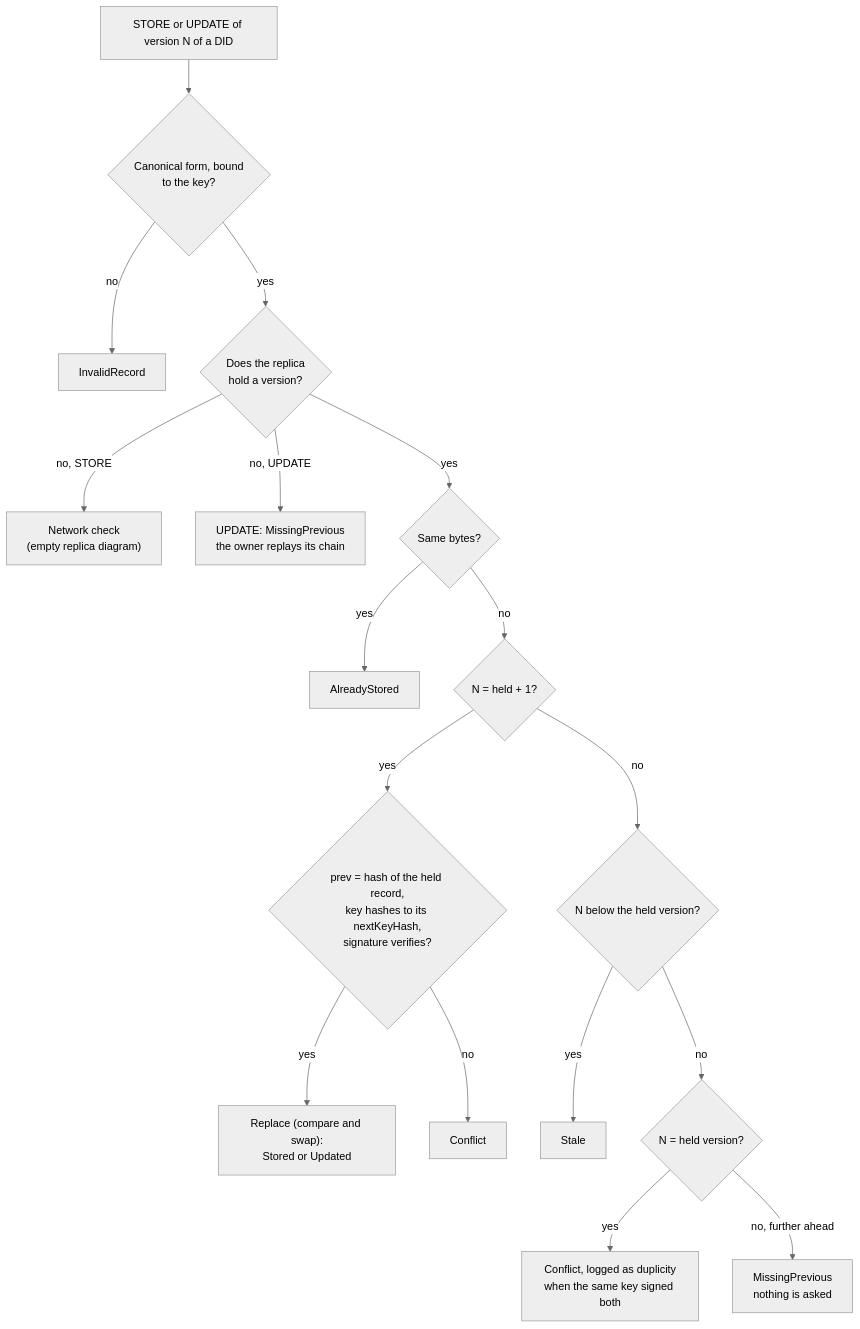
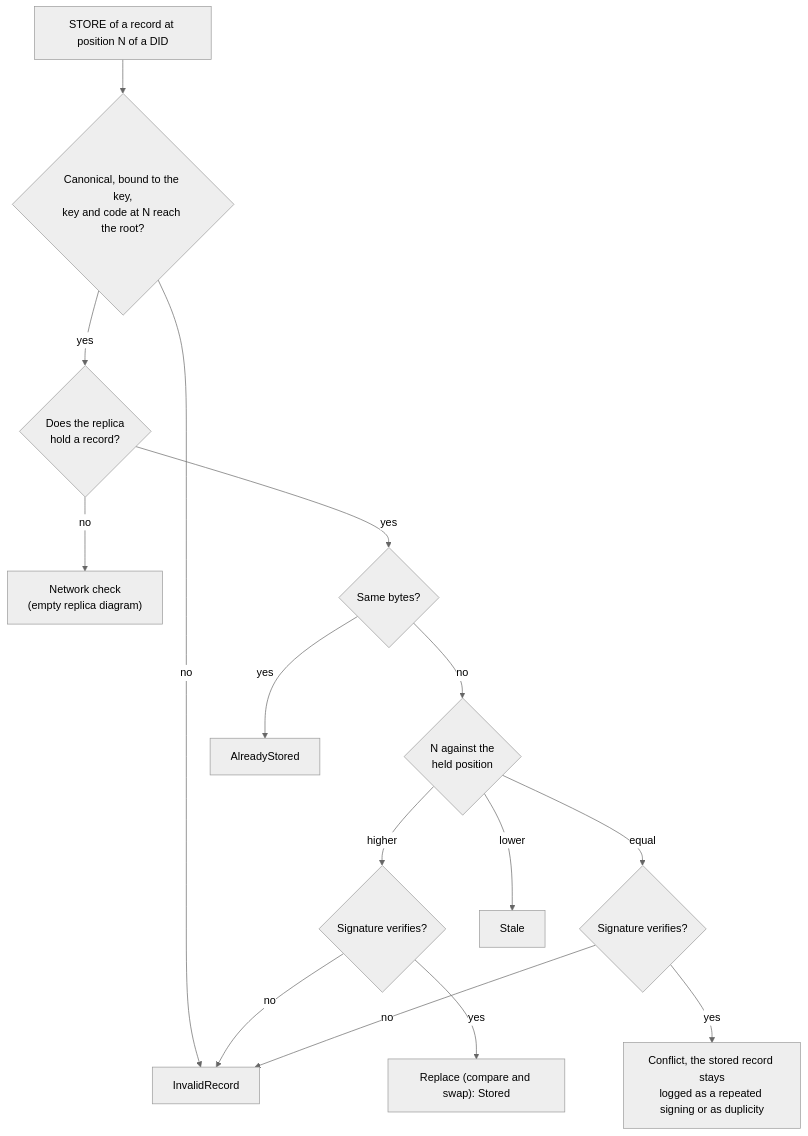
One commit to fratrung/auth-kademlia-rs changed the diagram in docs/design/replica-rules.mmd. Above: the diagram before and after it, drawn with Mermaid (neutral theme). The commit also changed 28 other files, not shown here.

```diff
--- a/docs/design/replica-rules.mmd
+++ b/docs/design/replica-rules.mmd
@@ -1,34 +1,28 @@
 flowchart TD
-    IN["STORE or UPDATE of version N of a DID"]
-    FORM{"Canonical form, bound<br/>to the key?"}
-    HOLDS{"Does the replica<br/>hold a version?"}
+    IN["STORE of a record at position N of a DID"]
+    FORM{"Canonical, bound to the key,<br/>key and code at N reach the root?"}
+    HOLDS{"Does the replica<br/>hold a record?"}
     CHECK["Network check<br/>(empty replica diagram)"]
-    UPD["UPDATE: MissingPrevious<br/>the owner replays its chain"]
     SAME{"Same bytes?"}
-    NEXT{"N = held + 1?"}
-    OK{"prev = hash of the held record,<br/>key hashes to its nextKeyHash,<br/>signature verifies?"}
-    OLDER{"N below the held version?"}
-    EQ{"N = held version?"}
+    CMP{"N against the<br/>held position"}
+    SIGH{"Signature verifies?"}
+    SIGE{"Signature verifies?"}
     INV["InvalidRecord"]
     AS["AlreadyStored"]
-    REP["Replace (compare and swap):<br/>Stored or Updated"]
-    CON["Conflict"]
+    REP["Replace (compare and swap): Stored"]
     STALE["Stale"]
-    DUP["Conflict, logged as duplicity<br/>when the same key signed both"]
-    MISS["MissingPrevious<br/>nothing is asked"]
+    CON["Conflict, the stored record stays<br/>logged as a repeated signing or as duplicity"]
     IN --> FORM
     FORM -- no --> INV
     FORM -- yes --> HOLDS
-    HOLDS -- "no, STORE" --> CHECK
-    HOLDS -- "no, UPDATE" --> UPD
+    HOLDS -- no --> CHECK
     HOLDS -- yes --> SAME
     SAME -- yes --> AS
-    SAME -- no --> NEXT
-    NEXT -- yes --> OK
-    OK -- yes --> REP
-    OK -- no --> CON
-    NEXT -- no --> OLDER
-    OLDER -- yes --> STALE
-    OLDER -- no --> EQ
-    EQ -- yes --> DUP
-    EQ -- "no, further ahead" --> MISS
+    SAME -- no --> CMP
+    CMP -- higher --> SIGH
+    SIGH -- yes --> REP
+    SIGH -- no --> INV
+    CMP -- lower --> STALE
+    CMP -- equal --> SIGE
+    SIGE -- yes --> CON
+    SIGE -- no --> INV
```
